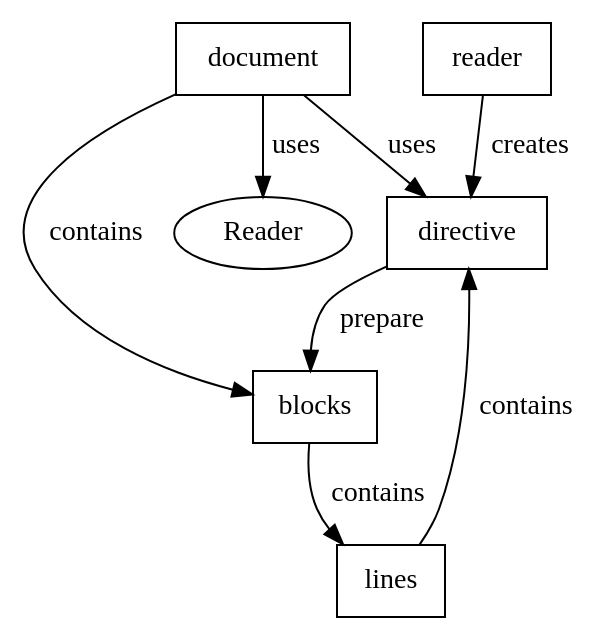
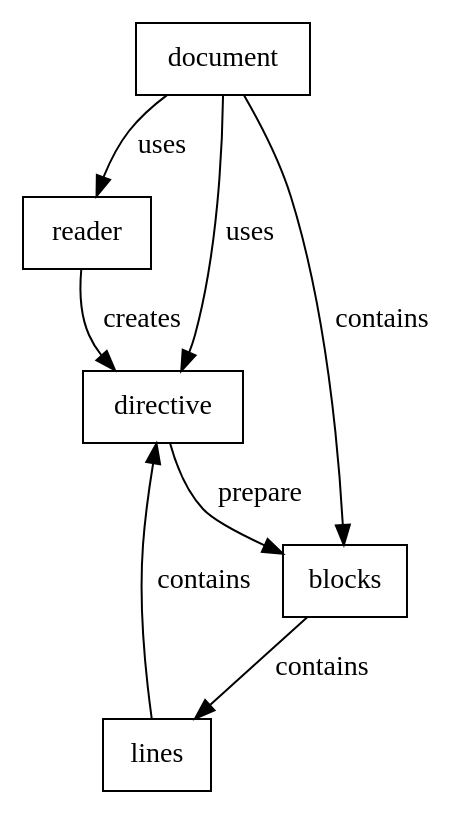
Before and after one commit to 7enderhead/antiweb: the third of 3 diagrams in documentation/source/antiweb.rst, drawn with Graphviz. The commit also changed other lines of this file and 25 other files, not shown here.

```diff
--- a/documentation/source/antiweb.rst
+++ b/documentation/source/antiweb.rst
@@ -337,15 +344,15 @@
    .. digraph:: collaboration
 
       document [shape=box, label="document"]
       reader   [shape=box, label="reader"]
       directives [shape=box, label="directive" ]
       blocks [shape=box]
       lines [shape=box]
 
-      document -> Reader [label="uses"]
+      document -> reader [label="uses"]
       reader -> directives [label="creates"]
       document -> directives [label="uses"]
       document -> blocks [label="contains"]
       directives -> blocks [label="prepare"]
       blocks -> lines [label="contains"]
       lines -> directives [label="contains"]
```
